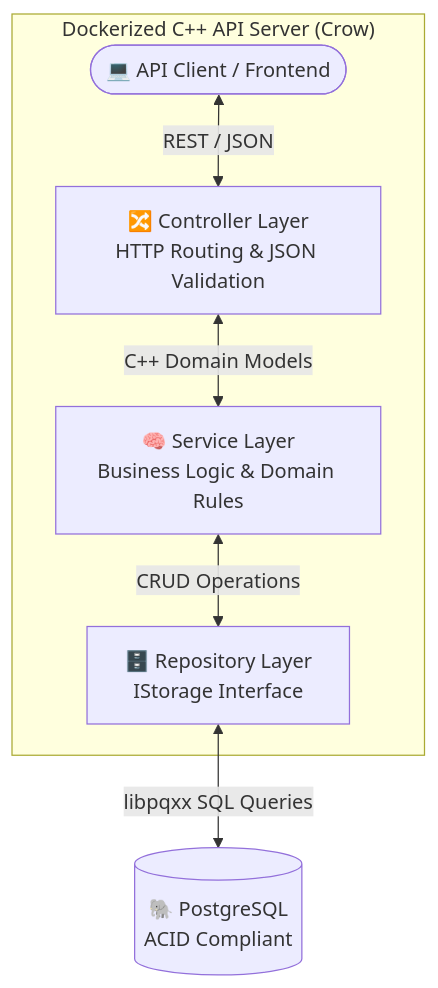
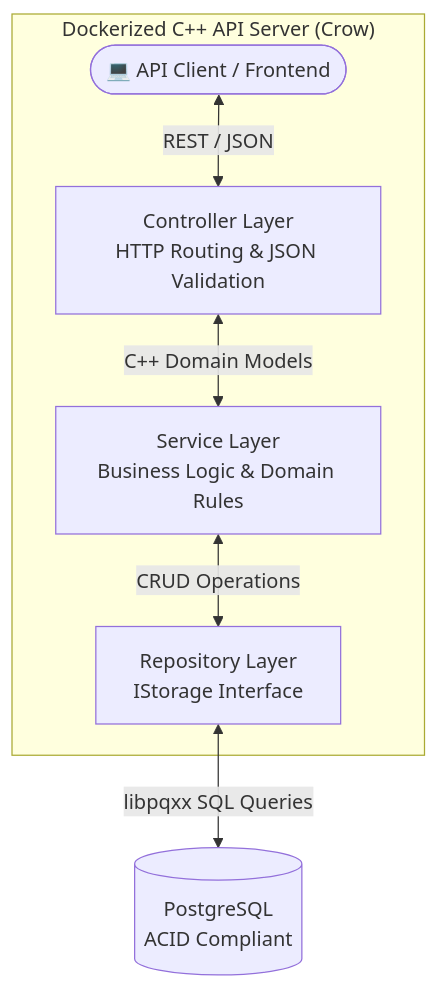
The first of 2 diagrams in README.md (CODER-7777/Netflix_Inventory_API), drawn with Mermaid before and after one commit. The commit also changed other lines of this file, not shown here.

````diff
--- a/README.md
+++ b/README.md
@@ -16,17 +16,17 @@
 ```mermaid
 graph TD
     Client([💻 API Client / Frontend])
     
     subgraph "Dockerized C++ API Server (Crow)"
-        Controller[🔀 Controller Layer\nHTTP Routing & JSON Validation]
-        Service[🧠 Service Layer\nBusiness Logic & Domain Rules]
-        Repo[🗄️ Repository Layer\nIStorage Interface]
+        Controller[Controller Layer\nHTTP Routing & JSON Validation]
+        Service[Service Layer\nBusiness Logic & Domain Rules]
+        Repo[Repository Layer\nIStorage Interface]
         
         Client <-->|REST / JSON| Controller
         Controller <-->|C++ Domain Models| Service
         Service <-->|CRUD Operations| Repo
     end
     
-    DB[(🐘 PostgreSQL\nACID Compliant)]
+    DB[( PostgreSQL\nACID Compliant)]
     Repo <-->|libpqxx SQL Queries| DB
 ```
````
